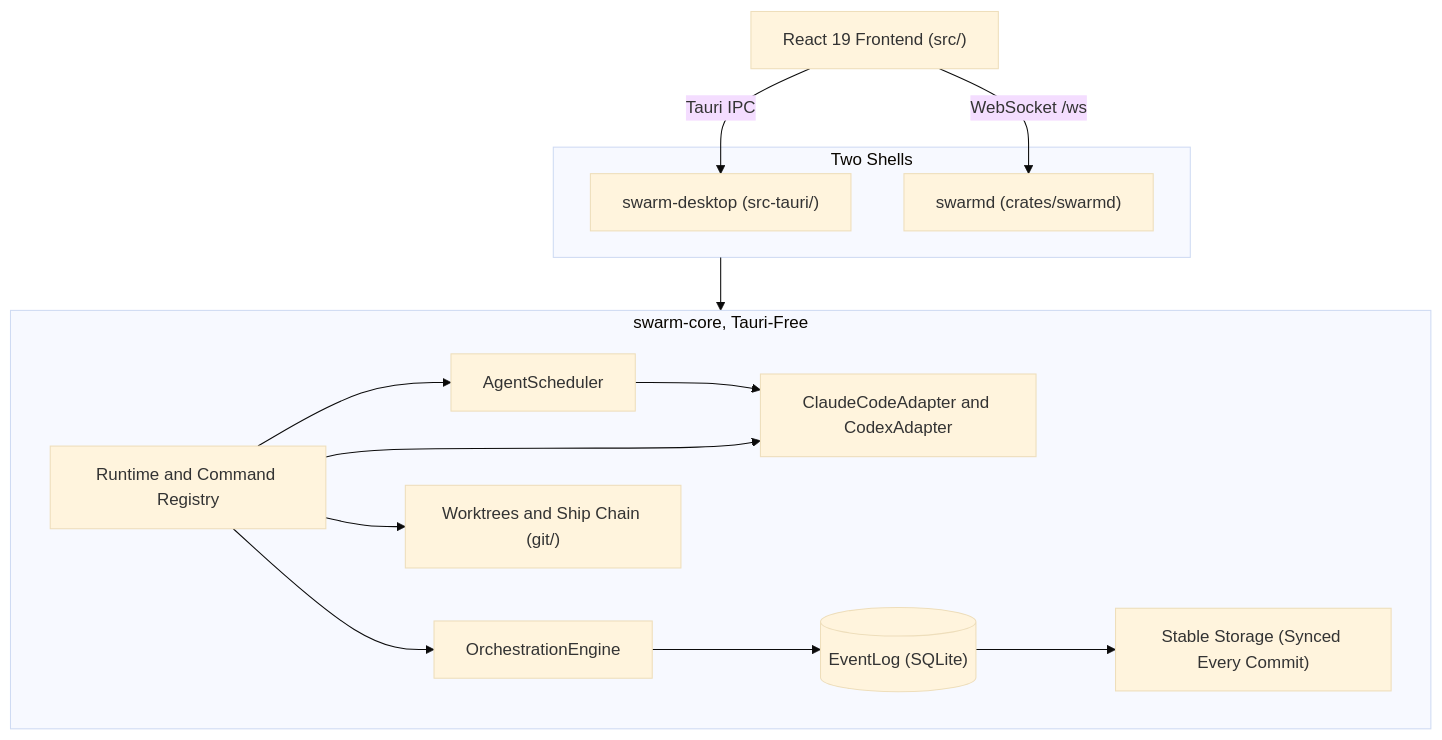
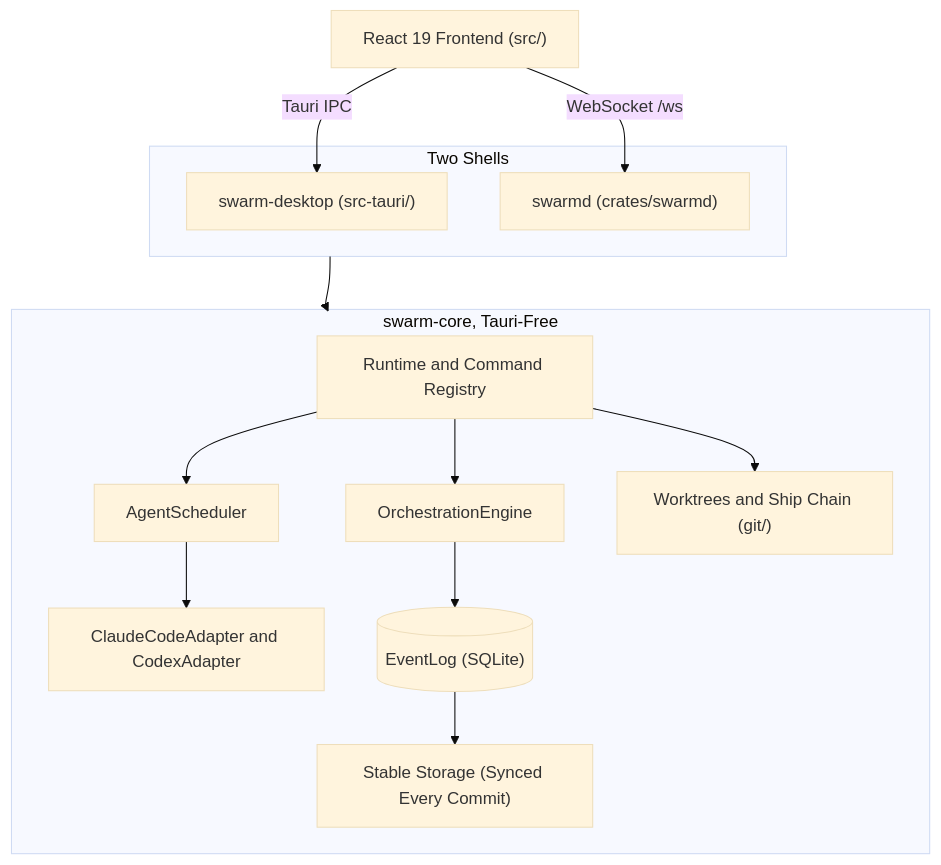
The diagram in README.md (ABCrimson/Swarm), drawn with Mermaid (base theme) before and after one commit.

Commit message:
docs(readme): centre the architecture diagram
The cluster edge `shells --> core` is laid out between one representative
node of each cluster, so dagre placed the Two Shells box (and React
Frontend above it) over the right half of the core box, while
`RT --> PROV` pulled the Runtime and Command Registry node left toward
the adapters. Two invisible links, `DESK ~~~ RT` and `DAEMON ~~~ RT`,
now centre RT under the two shells; `RT --> PROV` is dropped so RT sits
over AgentScheduler, OrchestrationEngine and Worktrees (the adapters stay
under the scheduler; the diagram is a map, not a call graph). The
visible `shells --> core` arrow, every label, and DISK one rank under
LOG are unchanged; nothing sits in the bottom-right 101 px corner at
phone width.

x-centres (px, frame-relative, Mermaid 12.2.0, default theme):
  838 px frame: FE 495 / shells 495 / RT 340.6 / core 419 (spread 154.4)
             -> FE 435.2 / shells 435.2 / RT 425.7 / core 419 (spread 16.2)
  324 px frame: FE 197 / shells 197 / RT 125.9 / core 162 (spread 71.1)
             -> FE 169.9 / shells 169.9 / RT 165.3 / core 162 (spread 7.9)

````diff
--- a/README.md
+++ b/README.md
@@ -82,27 +82,28 @@
 ```mermaid
 flowchart TB
     FE["React 19 Frontend (src/)"]
     subgraph shells["Two Shells"]
         DESK["swarm-desktop (src-tauri/)"]
         DAEMON["swarmd (crates/swarmd)"]
     end
     subgraph core["swarm-core, Tauri-Free"]
         RT["Runtime and Command Registry"]
         SCHED["AgentScheduler"]
         PROV["ClaudeCodeAdapter and CodexAdapter"]
         ENG["OrchestrationEngine"]
         LOG[("EventLog (SQLite)")]
         DISK["Stable Storage (Synced Every Commit)"]
         GIT["Worktrees and Ship Chain (git/)"]
     end
     FE -->|"Tauri IPC"| DESK
     FE -->|"WebSocket /ws"| DAEMON
     shells --> core
+    DESK ~~~ RT
+    DAEMON ~~~ RT
     RT --> SCHED
     SCHED --> PROV
-    RT --> PROV
     RT --> ENG
     ENG --> LOG
     LOG --> DISK
     RT --> GIT
 ```
````
